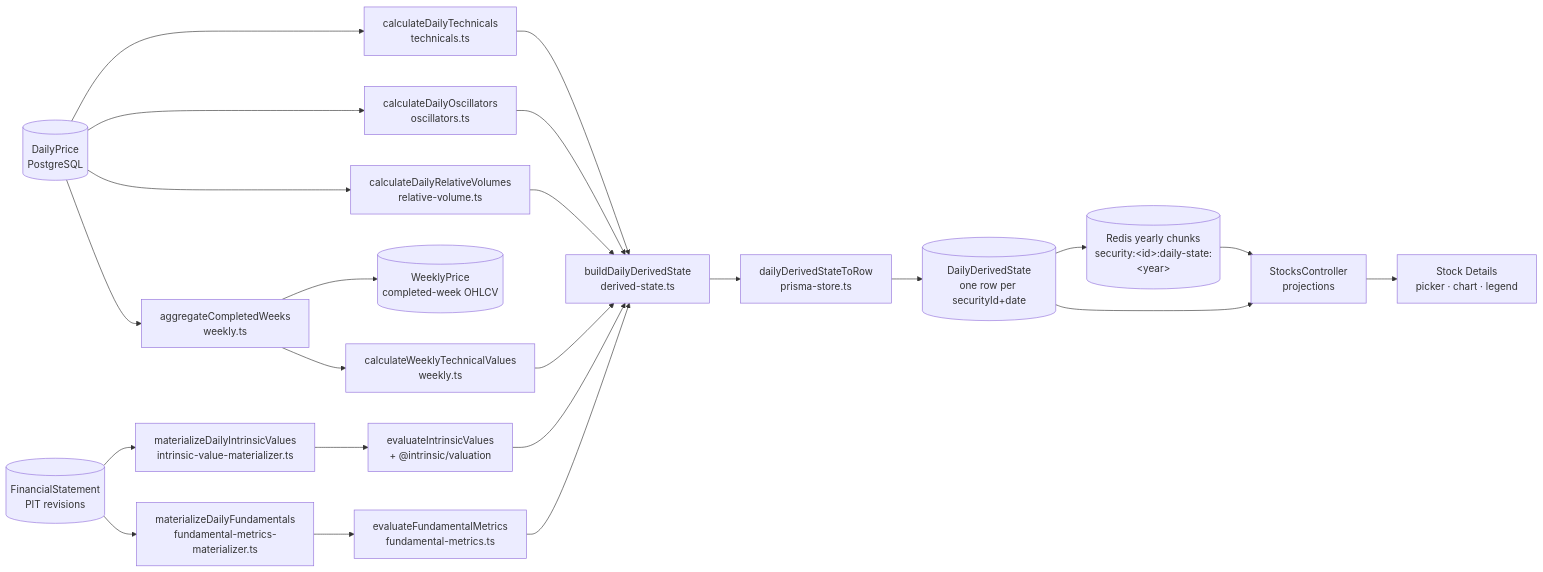
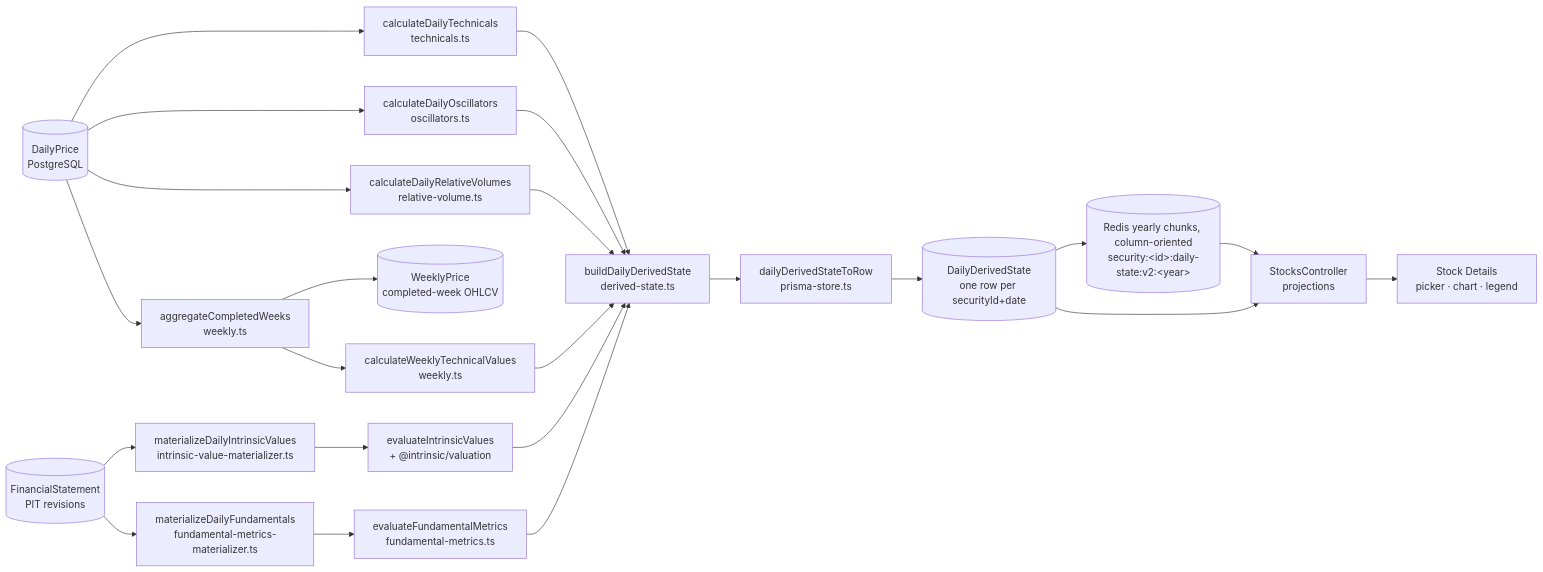
One commit to BMarius93/factorsage changed the first of 3 diagrams in ai/architecture/calculated-series.md. Above: the diagram before and after it, drawn with Mermaid. The commit also changed other lines of this file and 10 other files, not shown here.

````diff
--- a/ai/architecture/calculated-series.md
+++ b/ai/architecture/calculated-series.md
@@ -15,25 +15,25 @@
 ```mermaid
 flowchart LR
   DP[("DailyPrice<br/>PostgreSQL")] --> DT["calculateDailyTechnicals<br/>technicals.ts"]
   DP --> DO["calculateDailyOscillators<br/>oscillators.ts"]
   DP --> RV["calculateDailyRelativeVolumes<br/>relative-volume.ts"]
   DP --> AW["aggregateCompletedWeeks<br/>weekly.ts"]
   AW --> WP[("WeeklyPrice<br/>completed-week OHLCV")]
   AW --> WV["calculateWeeklyTechnicalValues<br/>weekly.ts"]
   FS[("FinancialStatement<br/>PIT revisions")] --> IM["materializeDailyIntrinsicValues<br/>intrinsic-value-materializer.ts"]
   IM --> EV["evaluateIntrinsicValues<br/>+ @intrinsic/valuation"]
   FS --> FM["materializeDailyFundamentals<br/>fundamental-metrics-materializer.ts"]
   FM --> FE["evaluateFundamentalMetrics<br/>fundamental-metrics.ts"]
   DT --> BD["buildDailyDerivedState<br/>derived-state.ts"]
   FE --> BD
   DO --> BD
   RV --> BD
   WV --> BD
   EV --> BD
   BD --> ST["dailyDerivedStateToRow<br/>prisma-store.ts"]
   ST --> PG[("DailyDerivedState<br/>one row per securityId+date")]
-  PG --> RD[("Redis yearly chunks<br/>security:&lt;id&gt;:daily-state:&lt;year&gt;")]
+  PG --> RD[("Redis yearly chunks, column-oriented<br/>security:&lt;id&gt;:daily-state:v2:&lt;year&gt;")]
   PG --> API["StocksController<br/>projections"]
   RD --> API
   API --> WEB["Stock Details<br/>picker · chart · legend"]
 ```
````
